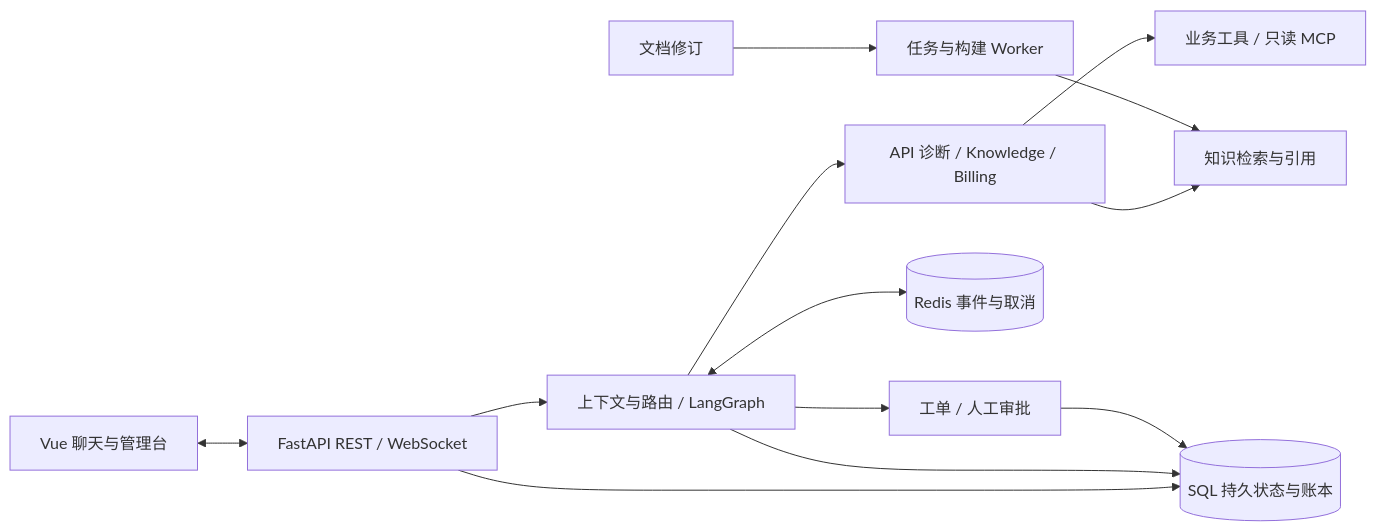
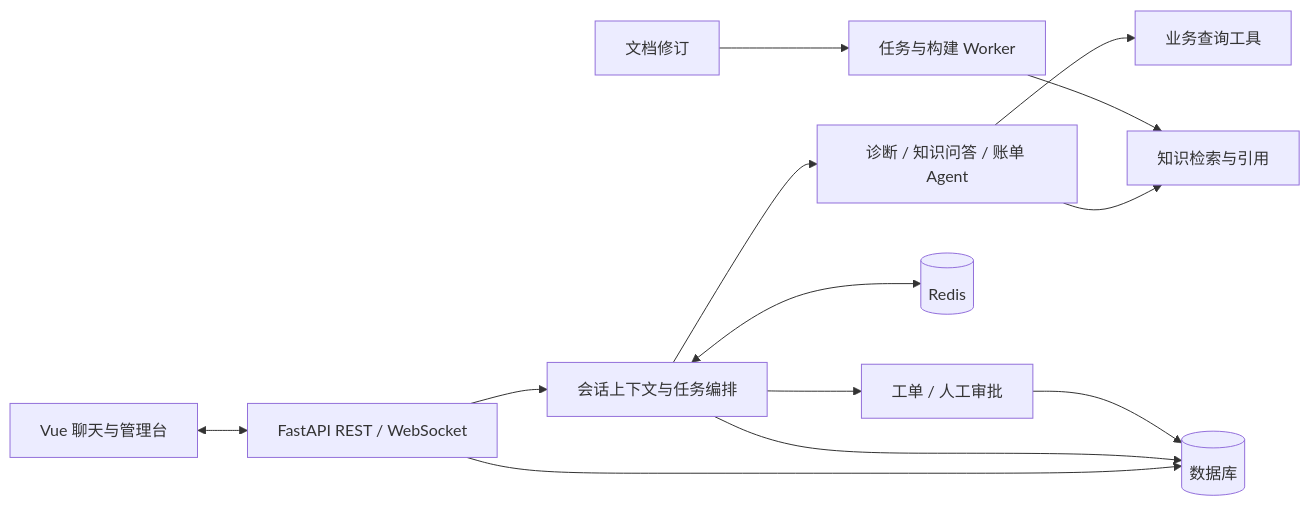
Before and after one commit to c1335872304/AI-DevSupport: the diagram in README.md, drawn with Mermaid. The commit also changed other lines of this file, not shown here.

````diff
--- a/README.md
+++ b/README.md
@@ -22,15 +30,15 @@
 ```mermaid
 flowchart LR
     UI[Vue 聊天与管理台] <--> API[FastAPI REST / WebSocket]
-    API --> Runtime[上下文与路由 / LangGraph]
-    Runtime --> Agents[API 诊断 / Knowledge / Billing]
+    API --> Runtime[会话上下文与任务编排]
+    Runtime --> Agents[诊断 / 知识问答 / 账单 Agent]
     Agents --> Knowledge[知识检索与引用]
-    Agents --> Tools[业务工具 / 只读 MCP]
+    Agents --> Tools[业务查询工具]
     Runtime --> Support[工单 / 人工审批]
-    API --> SQL[(SQL 持久状态与账本)]
+    API --> SQL[(数据库)]
     Runtime --> SQL
     Support --> SQL
-    Runtime <--> Redis[(Redis 事件与取消)]
+    Runtime <--> Redis[(Redis)]
     Upload[文档修订] --> Worker[任务与构建 Worker]
     Worker --> Knowledge
 ```
````
